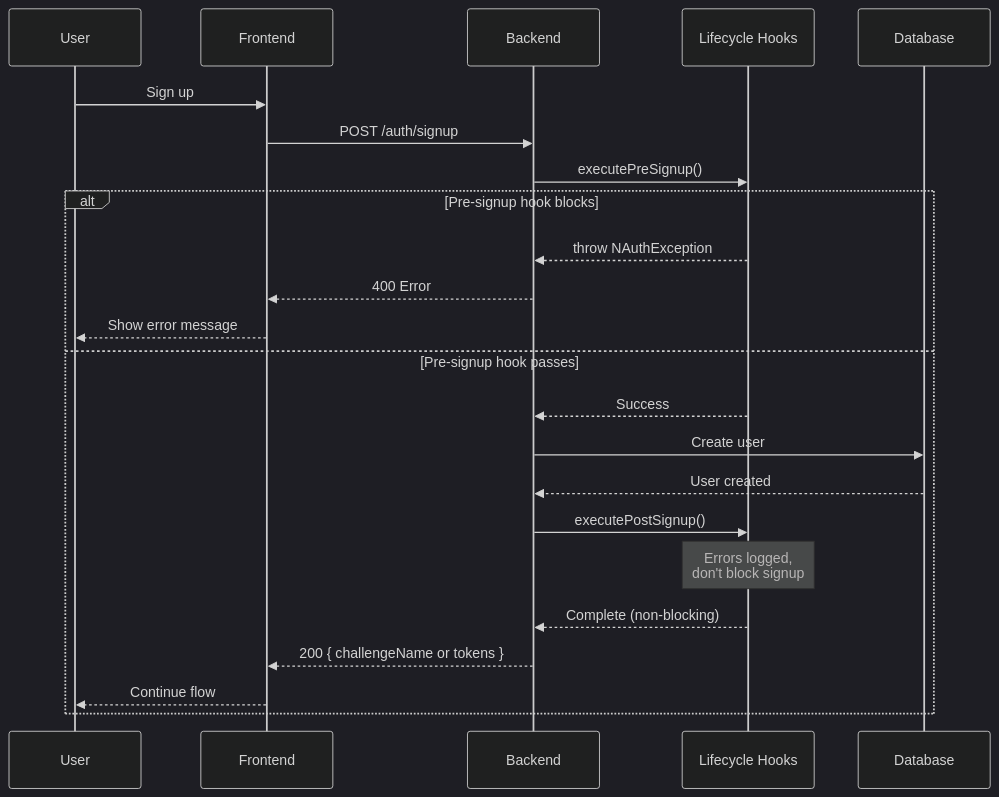
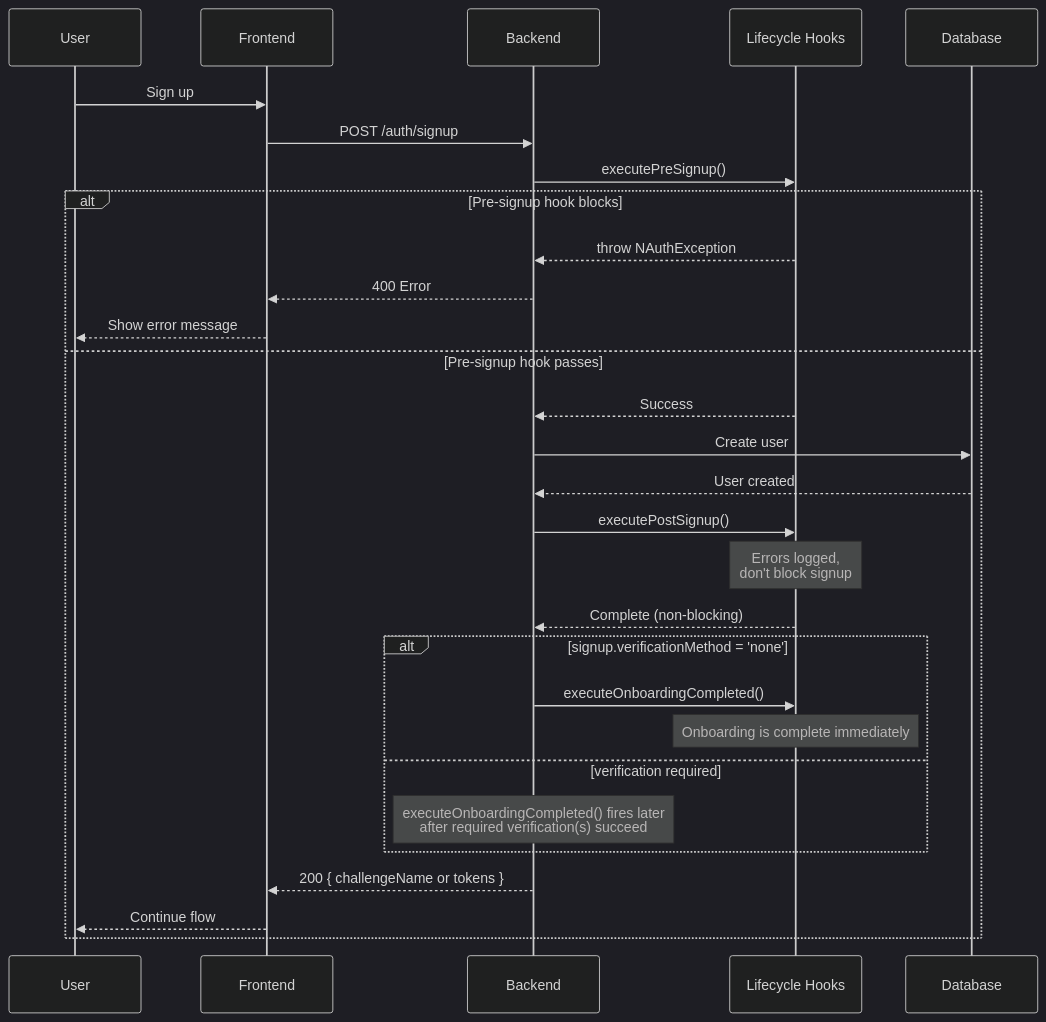
Before and after one commit to noorixorg/nauth-toolkit: the diagram in nauth-docs/docs/features/lifecycle-hooks.md, drawn with Mermaid (dark theme). The commit also changed other lines of this file and 51 other files, not shown here.

Commit message:
feat: enhance email notification system with new MFA method added hooks and onboarding completion notifications

````diff
--- a/nauth-docs/docs/features/lifecycle-hooks.md
+++ b/nauth-docs/docs/features/lifecycle-hooks.md
@@ -29,27 +29,33 @@
 ```mermaid
 sequenceDiagram
     participant User
     participant Frontend
     participant Backend
     participant Hooks as Lifecycle Hooks
     participant DB as Database
 
     User->>Frontend: Sign up
     Frontend->>Backend: POST /auth/signup
     Backend->>Hooks: executePreSignup()
 
     alt Pre-signup hook blocks
         Hooks-->>Backend: throw NAuthException
         Backend-->>Frontend: 400 Error
         Frontend-->>User: Show error message
     else Pre-signup hook passes
         Hooks-->>Backend: Success
         Backend->>DB: Create user
         DB-->>Backend: User created
         Backend->>Hooks: executePostSignup()
         Note over Hooks: Errors logged,<br/>don't block signup
         Hooks-->>Backend: Complete (non-blocking)
+        alt signup.verificationMethod = 'none'
+            Backend->>Hooks: executeOnboardingCompleted()
+            Note over Hooks: Onboarding is complete immediately
+        else verification required
+            Note over Backend: executeOnboardingCompleted() fires later<br/>after required verification(s) succeed
+        end
         Backend-->>Frontend: 200 { challengeName or tokens }
         Frontend-->>User: Continue flow
     end
 ```
````
